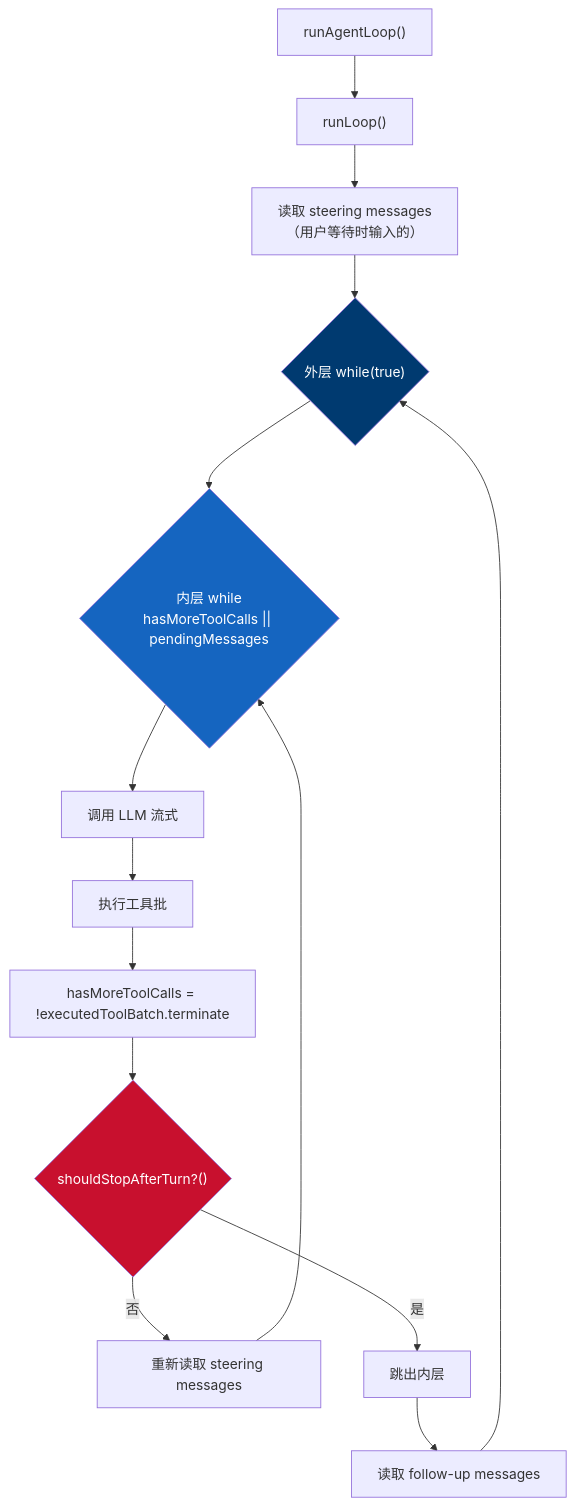
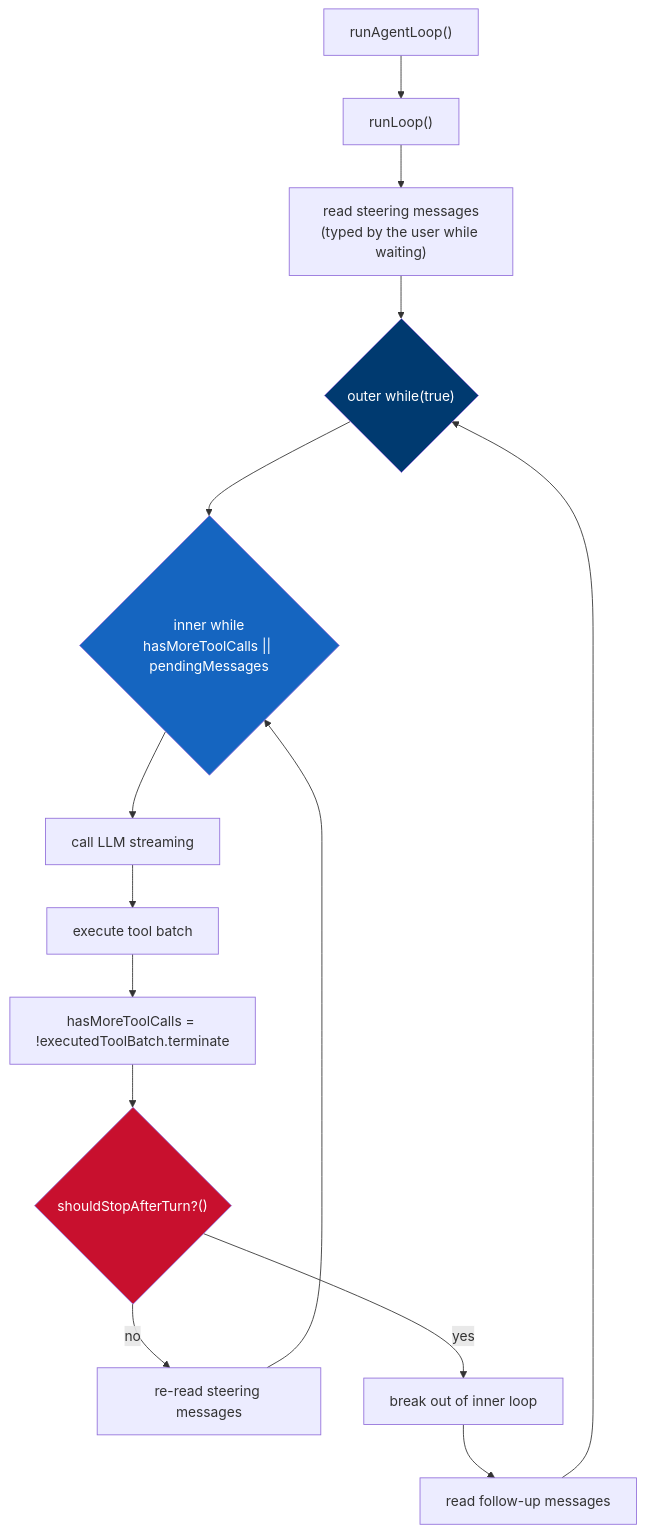
The seventh of 46 diagrams in README.md (holny/Agent-Harness-Develop-Book), drawn with Mermaid before and after one commit. The commit also changed other lines of this file and 66 other files, not shown here.

Commit message:
Add English edition (default) with Chinese version, redraw 8 interactive diagrams in English, translate mermaid/ASCII diagrams and code comments

````diff
--- a/README.md
+++ b/README.md
@@ -1133,20 +1190,20 @@
 ```mermaid
 flowchart TD
     START["runAgentLoop()"] --> INI["runLoop()"]
-    INI --> STEER["读取 steering messages<br/>（用户等待时输入的）"]
-    STEER --> OUTER{"外层 while(true)"}
-    OUTER --> INNER{"内层 while<br/>hasMoreToolCalls || pendingMessages"}
-    INNER --> LLM["调用 LLM 流式"]
-    LLM --> TOOLS["执行工具批"]
+    INI --> STEER["read steering messages<br/>(typed by the user while waiting)"]
+    STEER --> OUTER{"outer while(true)"}
+    OUTER --> INNER{"inner while<br/>hasMoreToolCalls || pendingMessages"}
+    INNER --> LLM["call LLM streaming"]
+    LLM --> TOOLS["execute tool batch"]
     TOOLS --> TERM["hasMoreToolCalls = !executedToolBatch.terminate"]
     TERM --> HOOK{"shouldStopAfterTurn?()"}
-    HOOK -->|否| STEER2["重新读取 steering messages"]
+    HOOK -->|no| STEER2["re-read steering messages"]
     STEER2 --> INNER
-    HOOK -->|是| BREAK["跳出内层"]
-    BREAK --> FOLLOW["读取 follow-up messages"]
+    HOOK -->|yes| BREAK["break out of inner loop"]
+    BREAK --> FOLLOW["read follow-up messages"]
     FOLLOW --> OUTER
 
     style OUTER fill:#003A70,color:#fff
     style INNER fill:#1565C0,color:#fff
     style HOOK fill:#C8102E,color:#fff
 ```
````
